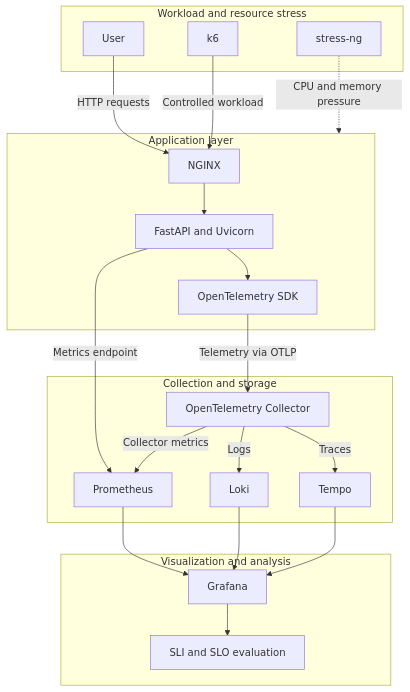
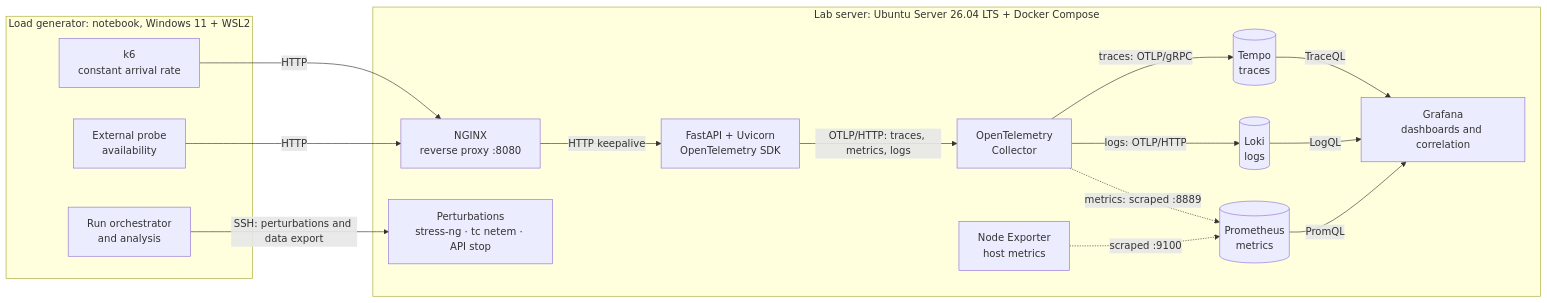
The diagram in README.md (itamarsb/Observability-Engineering-Framework), drawn with Mermaid before and after one commit. The commit also changed other lines of this file and 2 other files, not shown here.

Commit message:
Update documentation and add architecture diagrams

````diff
--- a/README.md
+++ b/README.md
@@ -163,44 +85,33 @@
 ```mermaid
-flowchart TB
-    subgraph LOAD["Workload and resource stress"]
-        USER["User"]
-        K6["k6"]
-        STRESS["stress-ng"]
+flowchart LR
+    subgraph NB["Load generator: notebook, Windows 11 + WSL2"]
+        K6["k6<br/>constant arrival rate"]
+        PROBE["External probe<br/>availability"]
+        ORCH["Run orchestrator<br/>and analysis"]
     end
 
-    subgraph APPLICATION["Application layer"]
-        NGINX["NGINX"]
-        API["FastAPI and Uvicorn"]
-        OTELSDK["OpenTelemetry SDK"]
+    subgraph SRV["Lab server: Ubuntu Server 26.04 LTS + Docker Compose"]
+        NGINX["NGINX<br/>reverse proxy :8080"]
+        API["FastAPI + Uvicorn<br/>OpenTelemetry SDK"]
+        COL["OpenTelemetry<br/>Collector"]
+        TEMPO[("Tempo<br/>traces")]
+        LOKI[("Loki<br/>logs")]
+        PROM[("Prometheus<br/>metrics")]
+        NODE["Node Exporter<br/>host metrics"]
+        GRAF["Grafana<br/>dashboards and correlation"]
+        PERT["Perturbations<br/>stress-ng · tc netem · API stop"]
     end
 
-    subgraph COLLECTION["Collection and storage"]
-        COLLECTOR["OpenTelemetry Collector"]
-        PROMETHEUS["Prometheus"]
-        LOKI["Loki"]
-        TEMPO["Tempo"]
-    end
-
-    subgraph ANALYSIS["Visualization and analysis"]
-        GRAFANA["Grafana"]
-        SLO["SLI and SLO evaluation"]
-    end
-
-    USER -->|HTTP requests| NGINX
-    K6 -->|Controlled workload| NGINX
-    NGINX --> API
-    STRESS -.->|CPU and memory pressure| APPLICATION
-
-    API --> OTELSDK
-    API -->|Metrics endpoint| PROMETHEUS
-    OTELSDK -->|Telemetry via OTLP| COLLECTOR
-
-    COLLECTOR -->|Logs| LOKI
-    COLLECTOR -->|Traces| TEMPO
-    COLLECTOR -->|Collector metrics| PROMETHEUS
-
-    PROMETHEUS --> GRAFANA
-    LOKI --> GRAFANA
-    TEMPO --> GRAFANA
-    GRAFANA --> SLO
+    K6 -->|HTTP| NGINX
+    PROBE -->|HTTP| NGINX
+    NGINX -->|HTTP keepalive| API
+    API -->|"OTLP/HTTP: traces, metrics, logs"| COL
+    COL -->|"traces: OTLP/gRPC"| TEMPO
+    COL -->|"logs: OTLP/HTTP"| LOKI
+    COL -.->|"metrics: scraped :8889"| PROM
+    NODE -.->|"scraped :9100"| PROM
+    TEMPO -->|TraceQL| GRAF
+    LOKI -->|LogQL| GRAF
+    PROM -->|PromQL| GRAF
+    ORCH -->|"SSH: perturbations and data export"| PERT
 ```
````
